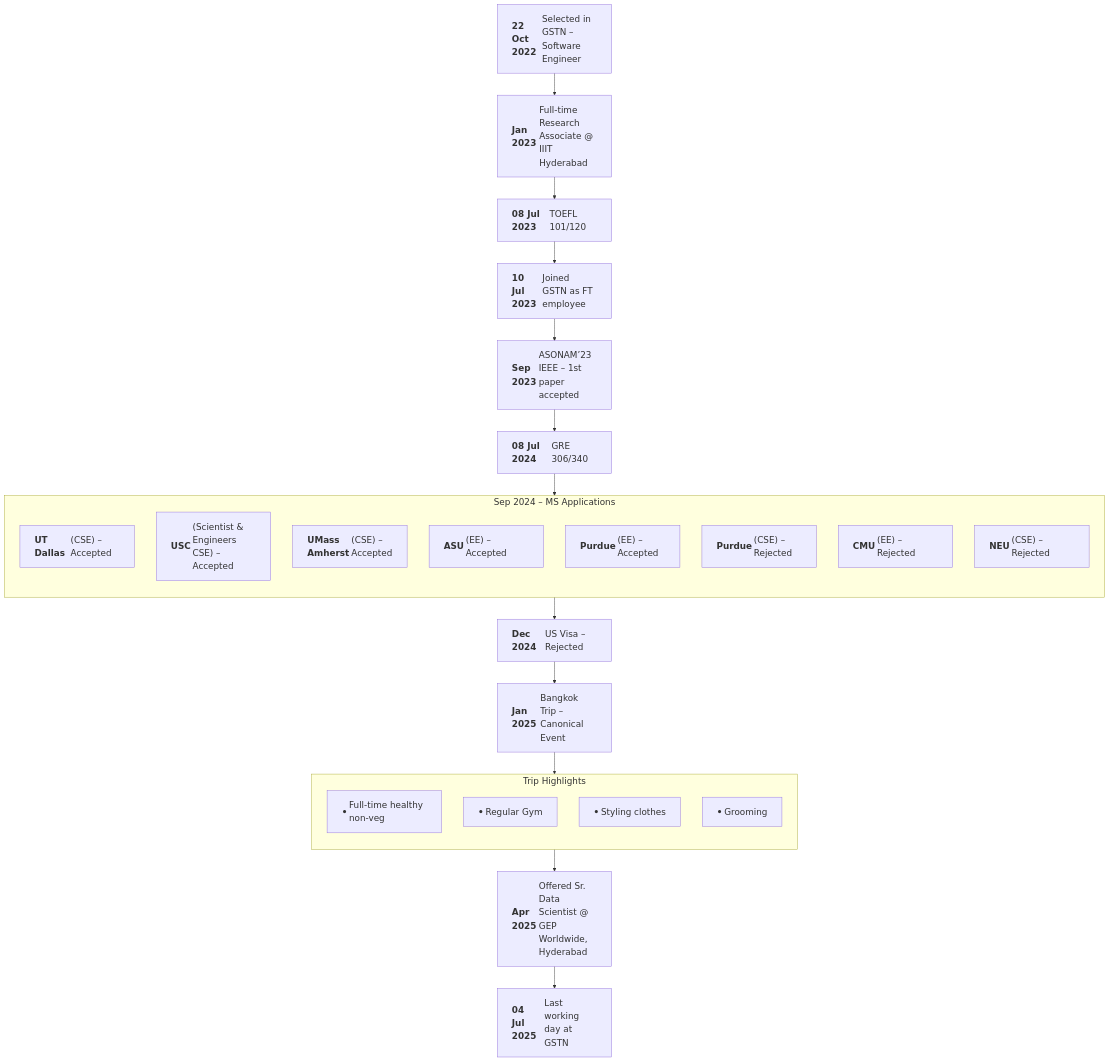
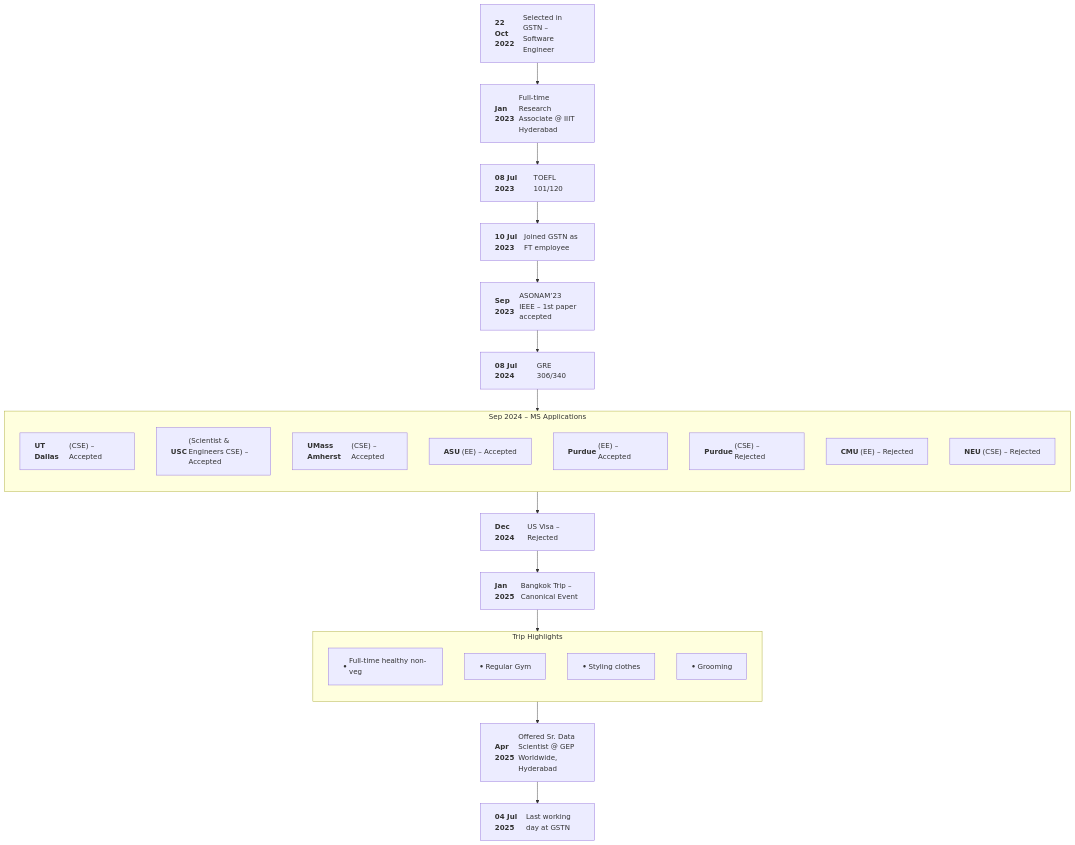
Before and after one commit to AryamannTomar/AryamannTomar: the diagram in README.md, drawn with Mermaid.

````diff
--- a/README.md
+++ b/README.md
@@ -14,55 +14,38 @@
 ```mermaid
-%%{init: {
-  "themeVariables": {
-    "fontSize": "20px",
-    "nodePadding": "12px",
-    "edgeLabelFontSize": "16px"
-  },
-  "themeConfig": {
-    "nodeTextMargin": 4,
-    "padding": 10
-  },
-  "config": {
-    "flowchart": {
-      "useMaxWidth": false,
-      "htmlLabels": true
-    }
-  }
-}}%%
 flowchart TD
   A1["<table><tr><td align='left'><b>22 Oct 2022</b></td><td align='left'>Selected in GSTN – Software Engineer</td></tr></table>"]
   A2["<table><tr><td align='left'><b>Jan 2023</b></td><td align='left'>Full-time Research Associate @ IIIT Hyderabad</td></tr></table>"]
   A3["<table><tr><td align='left'><b>08 Jul 2023</b></td><td align='left'>TOEFL 101/120</td></tr></table>"]
   A4["<table><tr><td align='left'><b>10 Jul 2023</b></td><td align='left'>Joined GSTN as FT employee</td></tr></table>"]
   A5["<table><tr><td align='left'><b>Sep 2023</b></td><td align='left'>ASONAM’23 IEEE – 1st paper accepted</td></tr></table>"]
   
   A6["<table><tr><td align='left'><b>08 Jul 2024</b></td><td align='left'>GRE 306/340</td></tr></table>"]
   subgraph MS_Apps [Sep 2024 – MS Applications]
     direction TB
     A7["<table><tr><td align='left'><b>UT Dallas</b></td><td align='left'>(CSE) – Accepted</td></tr></table>"]
     A8["<table><tr><td align='left'><b>USC</b></td><td align='left'>(Scientist & Engineers CSE) – Accepted</td></tr></table>"]
     A9["<table><tr><td align='left'><b>UMass Amherst</b></td><td align='left'>(CSE) – Accepted</td></tr></table>"]
     A10["<table><tr><td align='left'><b>ASU</b></td><td align='left'>(EE) – Accepted</td></tr></table>"]
     A11["<table><tr><td align='left'><b>Purdue</b></td><td align='left'>(EE) – Accepted</td></tr></table>"]
     A12["<table><tr><td align='left'><b>Purdue</b></td><td align='left'>(CSE) – Rejected</td></tr></table>"]
     A13["<table><tr><td align='left'><b>CMU</b></td><td align='left'>(EE) – Rejected</td></tr></table>"]
     A14["<table><tr><td align='left'><b>NEU</b></td><td align='left'>(CSE) – Rejected</td></tr></table>"]
   end
 
   A15["<table><tr><td align='left'><b>Dec 2024</b></td><td align='left'>US Visa – Rejected</td></tr></table>"]
   
   A16["<table><tr><td align='left'><b>Jan 2025</b></td><td align='left'>Bangkok Trip – Canonical Event</td></tr></table>"]
   subgraph Bangkok_Details [Trip Highlights]
     direction TB
     B1["<table><tr><td align='left'><b>•</b></td><td align='left'>Full-time healthy non-veg</td></tr></table>"]
     B2["<table><tr><td align='left'><b>•</b></td><td align='left'>Regular Gym</td></tr></table>"]
     B3["<table><tr><td align='left'><b>•</b></td><td align='left'>Styling clothes</td></tr></table>"]
     B4["<table><tr><td align='left'><b>•</b></td><td align='left'>Grooming</td></tr></table>"]
   end
   
   A17["<table><tr><td align='left'><b>Apr 2025</b></td><td align='left'>Offered Sr. Data Scientist @ GEP Worldwide, Hyderabad</td></tr></table>"]
   A18["<table><tr><td align='left'><b>04 Jul 2025</b></td><td align='left'>Last working day at GSTN</td></tr></table>"]
 
   %% chain them all
   A1 --> A2 --> A3 --> A4 --> A5 --> A6 --> MS_Apps --> A15 --> A16 --> Bangkok_Details --> A17 --> A18
 ```
````
